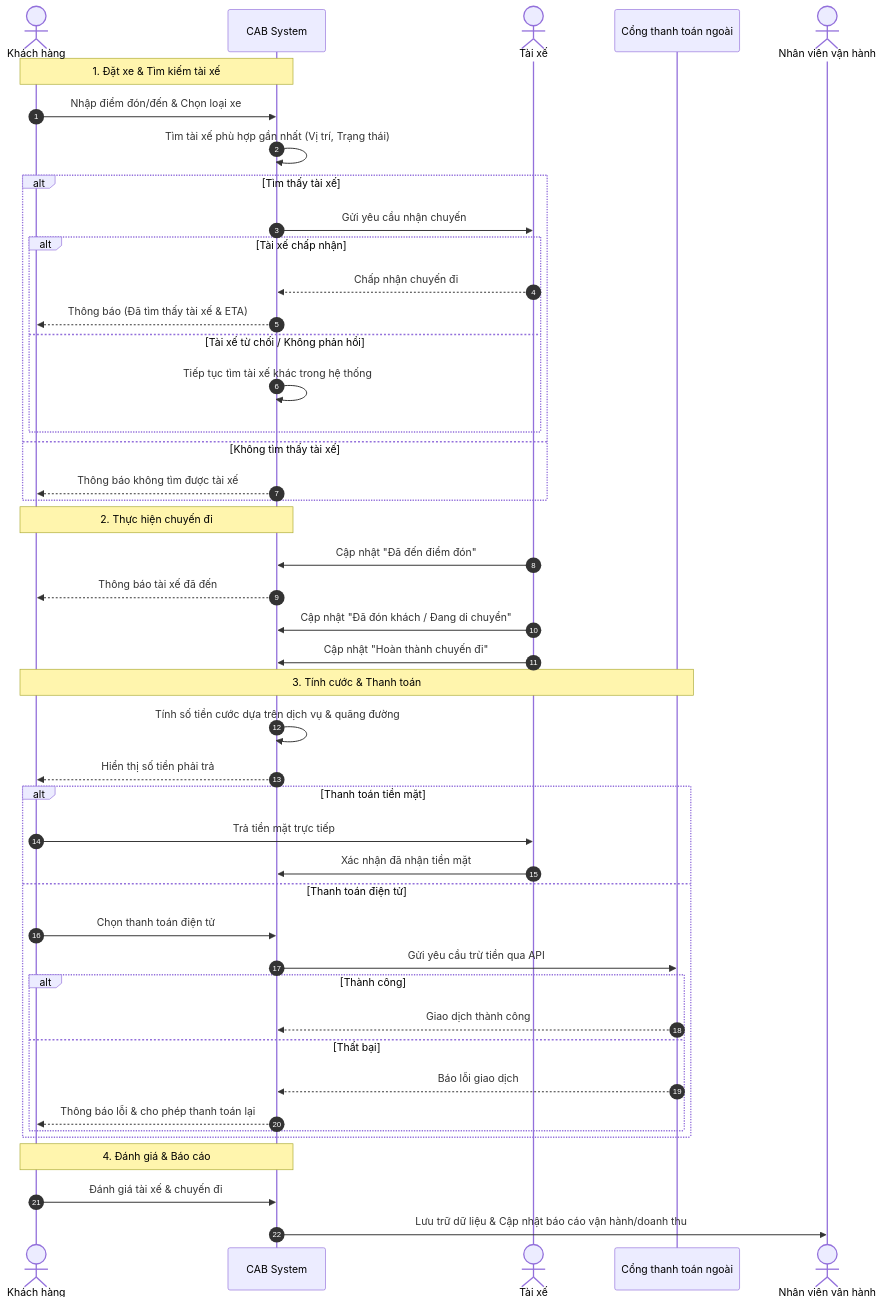
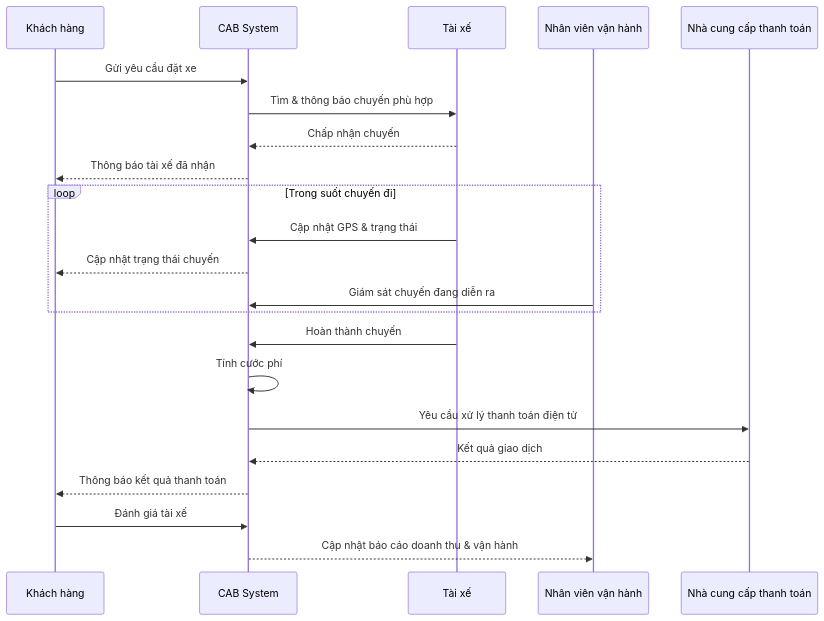
The fourth of 4 diagrams in srs.md (BaMin-ui/23677001_DangThePhuc_CABSYSTEM), drawn with Mermaid before and after one commit. The commit also changed other lines of this file, not shown here.

````diff
--- a/srs.md
+++ b/srs.md
@@ -136,54 +185,27 @@
 ```mermaid
 sequenceDiagram
-    autonumber
-    actor KH as Khách hàng
+    participant KH as Khách hàng
     participant CAB as CAB System
-    actor TX as Tài xế
-    participant TT as Cổng thanh toán ngoài
-    actor NV as Nhân viên vận hành
+    participant TX as Tài xế
+    participant NVH as Nhân viên vận hành
+    participant NCC as Nhà cung cấp thanh toán
 
-    Note over KH, CAB: 1. Đặt xe & Tìm kiếm tài xế
-    KH->>CAB: Nhập điểm đón/đến & Chọn loại xe
-    CAB->>CAB: Tìm tài xế phù hợp gần nhất (Vị trí, Trạng thái)
-    
-    alt Tìm thấy tài xế
-        CAB->>TX: Gửi yêu cầu nhận chuyến
-        alt Tài xế chấp nhận
-            TX-->>CAB: Chấp nhận chuyến đi
-            CAB-->>KH: Thông báo (Đã tìm thấy tài xế & ETA)
-        else Tài xế từ chối / Không phản hồi
-            CAB->>CAB: Tiếp tục tìm tài xế khác trong hệ thống
-        end
-    else Không tìm thấy tài xế
-        CAB-->>KH: Thông báo không tìm được tài xế
+    KH->>CAB: Gửi yêu cầu đặt xe
+    CAB->>TX: Tìm & thông báo chuyến phù hợp
+    TX-->>CAB: Chấp nhận chuyến
+    CAB-->>KH: Thông báo tài xế đã nhận
+
+    loop Trong suốt chuyến đi
+        TX->>CAB: Cập nhật GPS & trạng thái
+        CAB-->>KH: Cập nhật trạng thái chuyến
+        NVH->>CAB: Giám sát chuyến đang diễn ra
     end
 
-    Note over KH, CAB: 2. Thực hiện chuyến đi
-    TX->>CAB: Cập nhật "Đã đến điểm đón"
-    CAB-->>KH: Thông báo tài xế đã đến
-    TX->>CAB: Cập nhật "Đã đón khách / Đang di chuyển"
-    TX->>CAB: Cập nhật "Hoàn thành chuyến đi"
-
-    Note over KH, TT: 3. Tính cước & Thanh toán
-    CAB->>CAB: Tính số tiền cước dựa trên dịch vụ & quãng đường
-    CAB-->>KH: Hiển thị số tiền phải trả
-    
-    alt Thanh toán tiền mặt
-        KH->>TX: Trả tiền mặt trực tiếp
-        TX->>CAB: Xác nhận đã nhận tiền mặt
-    else Thanh toán điện tử
-        KH->>CAB: Chọn thanh toán điện tử
-        CAB->>TT: Gửi yêu cầu trừ tiền qua API
-        alt Thành công
-            TT-->>CAB: Giao dịch thành công
-        else Thất bại
-            TT-->>CAB: Báo lỗi giao dịch
-            CAB-->>KH: Thông báo lỗi & cho phép thanh toán lại
-        end
-    end
-
-    Note over KH, CAB: 4. Đánh giá & Báo cáo
-    KH->>CAB: Đánh giá tài xế & chuyến đi
-    CAB->>NV: Lưu trữ dữ liệu & Cập nhật báo cáo vận hành/doanh thu
-
+    TX->>CAB: Hoàn thành chuyến
+    CAB->>CAB: Tính cước phí
+    CAB->>NCC: Yêu cầu xử lý thanh toán điện tử
+    NCC-->>CAB: Kết quả giao dịch
+    CAB-->>KH: Thông báo kết quả thanh toán
+    KH->>CAB: Đánh giá tài xế
+    CAB-->>NVH: Cập nhật báo cáo doanh thu & vận hành
 ```
````
